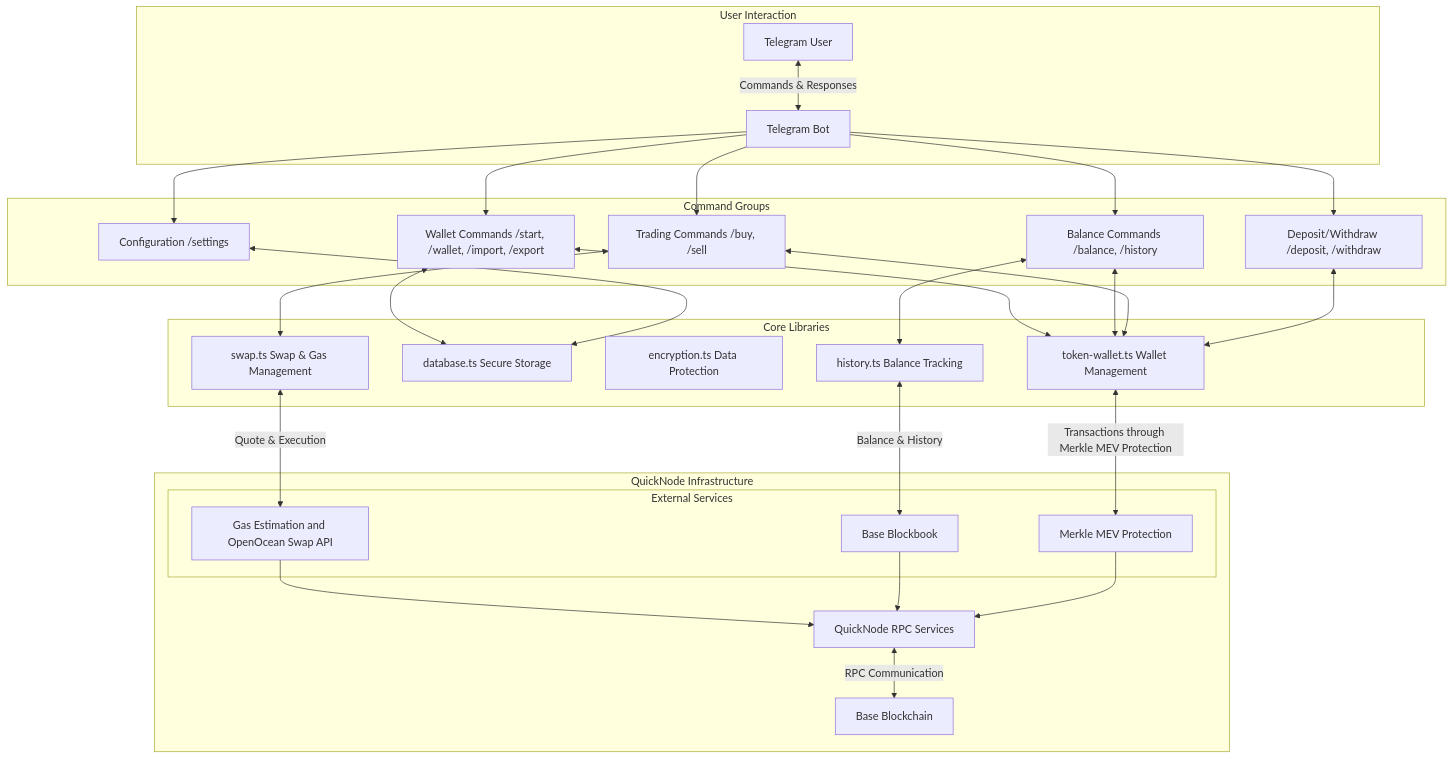
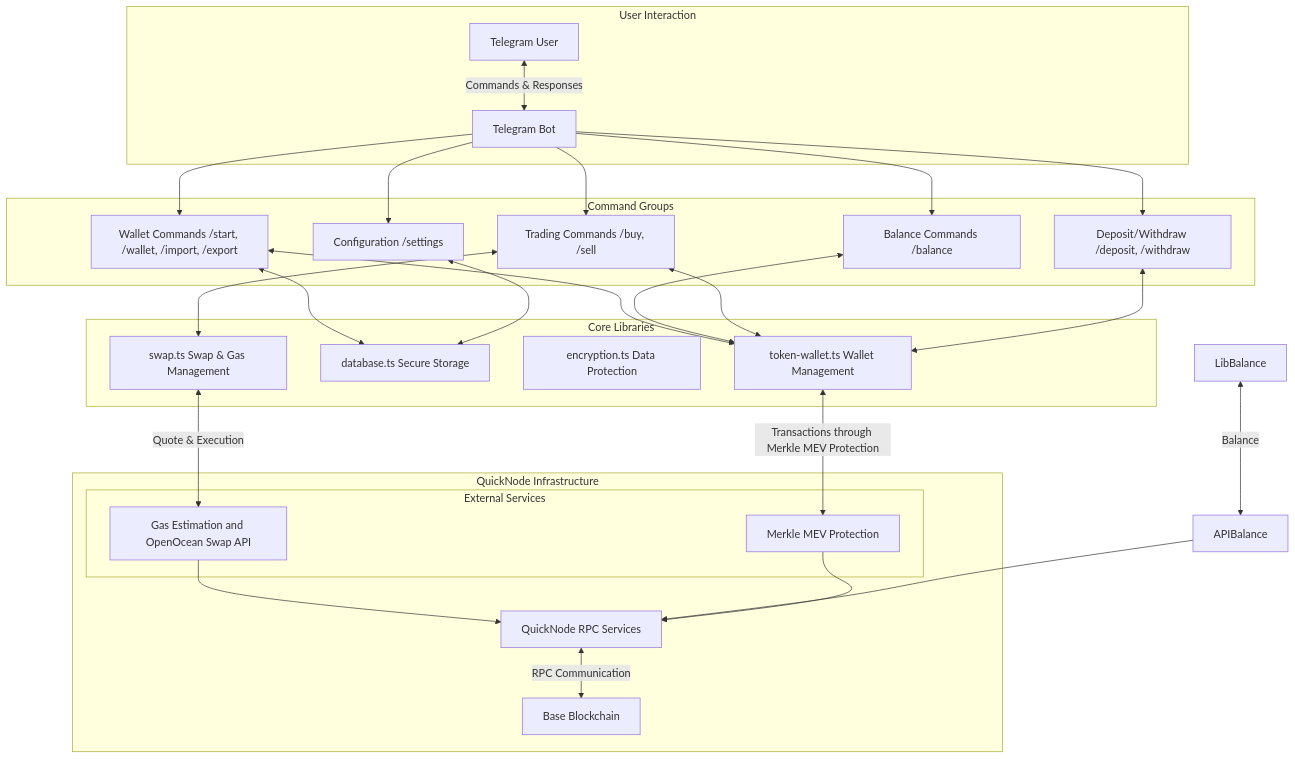
Before and after one commit to quiknode-labs/qn-guide-examples: the diagram in base/telegram-trading-bot/README.md, drawn with Mermaid. The commit also changed other lines of this file and 8 other files, not shown here.

````diff
--- a/base/telegram-trading-bot/README.md
+++ b/base/telegram-trading-bot/README.md
@@ -49,62 +47,59 @@
 ```mermaid
 flowchart TD
     subgraph "User Interaction"
         User["Telegram User"]
         Bot["Telegram Bot"]
     end
 
     subgraph "Command Groups"
         WalletCmds["Wallet Commands /start, /wallet, /import, /export"]
-        BalanceCmds["Balance Commands /balance, /history"]
+        BalanceCmds["Balance Commands /balance"]
         TradeCmds["Trading Commands /buy, /sell"]
         ConfigCmds["Configuration /settings"]
         DepositCmds["Deposit/Withdraw /deposit, /withdraw"]
     end
     
     subgraph "Core Libraries"
         LibWallet["token-wallet.ts Wallet Management"]
         LibDatabase["database.ts Secure Storage"]
         LibEncryption["encryption.ts Data Protection"]
-        LibHistory["history.ts Balance Tracking"]
         LibSwap["swap.ts Swap & Gas Management"]
     end
     
     User <-->|Commands & Responses| Bot
     
     Bot --> WalletCmds & BalanceCmds & TradeCmds & ConfigCmds & DepositCmds
     
     WalletCmds <--> LibWallet
     WalletCmds <--> LibDatabase
     
     BalanceCmds <--> LibWallet
-    BalanceCmds <--> LibHistory
     
     TradeCmds <--> LibWallet
     TradeCmds <--> LibSwap
     
     DepositCmds <--> LibWallet
     
     ConfigCmds <--> LibDatabase
     
     subgraph "QuickNode Infrastructure"
         QuickNode["QuickNode RPC Services"]
         
         subgraph "External Services"
             APISwap["Gas Estimation and OpenOcean Swap API"]
-            APIHistory["Base Blockbook"]
             MEVProtection["Merkle MEV Protection"]
         end
         
         Blockchain["Base Blockchain"]
     end
     
     LibSwap <-->|Quote & Execution| APISwap
-    LibHistory <-->|Balance & History| APIHistory
+    LibBalance <-->|Balance| APIBalance
     LibWallet <-->|Transactions through Merkle MEV Protection| MEVProtection
     
     APISwap --> QuickNode
-    APIHistory --> QuickNode
+    APIBalance --> QuickNode
     MEVProtection --> QuickNode
     
     QuickNode <-->|RPC Communication| Blockchain
 ```
````
